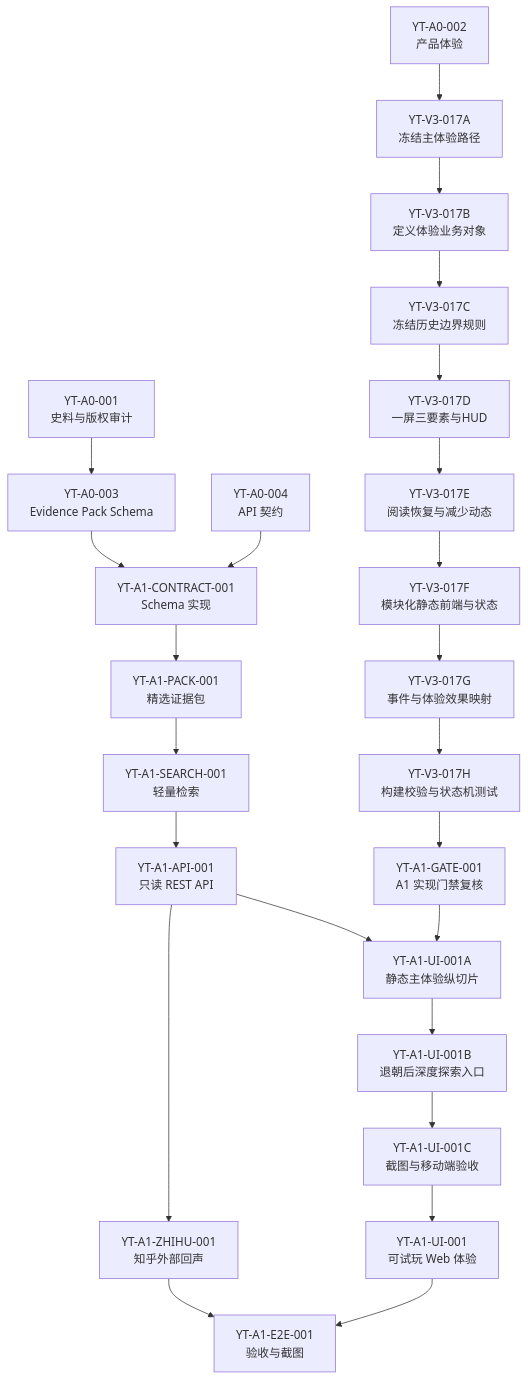
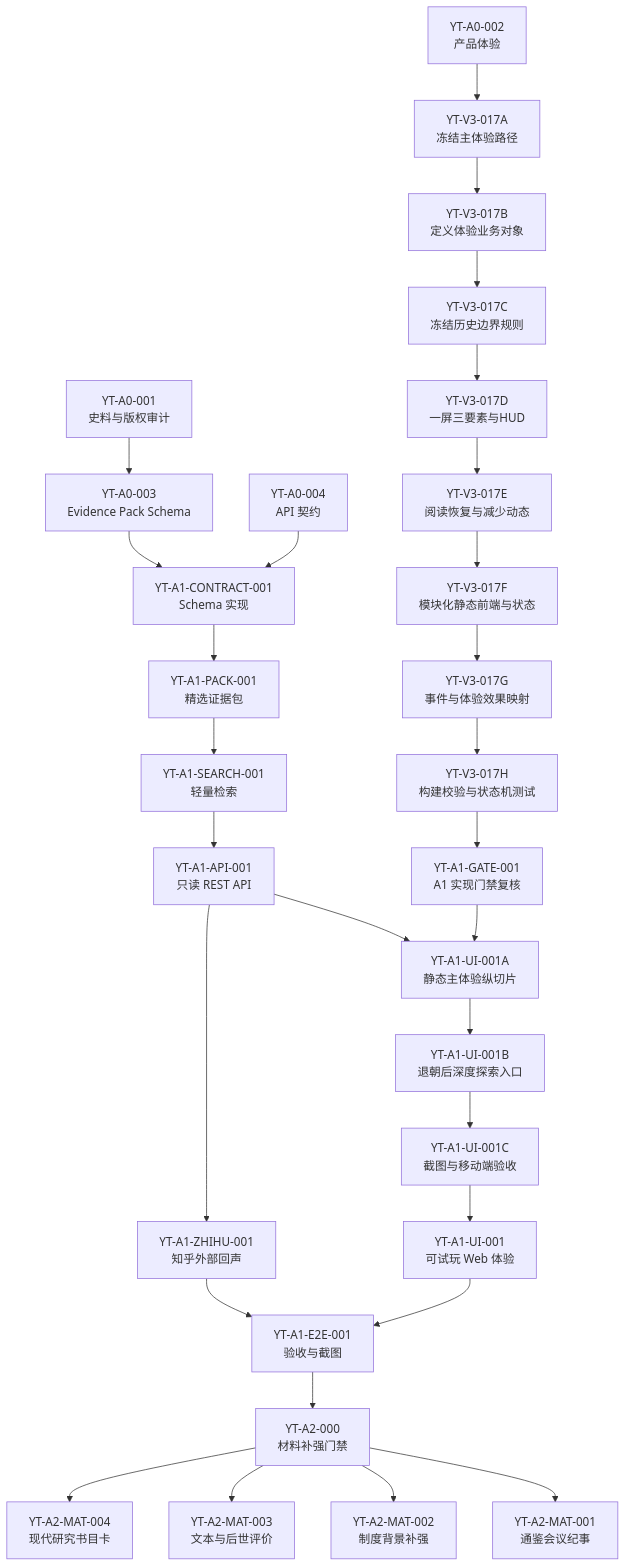
One commit to baijianqing/yantie-history changed the diagram in docs/YANTIE_TASK_BREAKDOWN.md. Above: the diagram before and after it, drawn with Mermaid. The commit also changed other lines of this file and 4 other files, not shown here.

````diff
--- a/docs/YANTIE_TASK_BREAKDOWN.md
+++ b/docs/YANTIE_TASK_BREAKDOWN.md
@@ -24,27 +24,32 @@
 ```mermaid
 flowchart TB
     A001["YT-A0-001<br/>史料与版权审计"] --> A003["YT-A0-003<br/>Evidence Pack Schema"]
     A002["YT-A0-002<br/>产品体验"]
     A003 --> C001["YT-A1-CONTRACT-001<br/>Schema 实现"]
     A004["YT-A0-004<br/>API 契约"] --> C001
     C001 --> P001["YT-A1-PACK-001<br/>精选证据包"]
     P001 --> S001["YT-A1-SEARCH-001<br/>轻量检索"]
     S001 --> API001["YT-A1-API-001<br/>只读 REST API"]
     API001 --> UI001A["YT-A1-UI-001A<br/>静态主体验纵切片"]
     UI001A --> UI001B["YT-A1-UI-001B<br/>退朝后深度探索入口"]
     UI001B --> UI001C["YT-A1-UI-001C<br/>截图与移动端验收"]
     UI001C --> UI001["YT-A1-UI-001<br/>可试玩 Web 体验"]
     API001 --> ZH001["YT-A1-ZHIHU-001<br/>知乎外部回声"]
     UI001 --> E2E001["YT-A1-E2E-001<br/>验收与截图"]
     ZH001 --> E2E001
+    E2E001 --> A2000["YT-A2-000<br/>材料补强门禁"]
+    A2000 --> A2MAT001["YT-A2-MAT-001<br/>通鉴会议纪事"]
+    A2000 --> A2MAT002["YT-A2-MAT-002<br/>制度背景补强"]
+    A2000 --> A2MAT003["YT-A2-MAT-003<br/>文本与后世评价"]
+    A2000 --> A2MAT004["YT-A2-MAT-004<br/>现代研究书目卡"]
     A002 --> V3017A["YT-V3-017A<br/>冻结主体验路径"]
     V3017A --> V3017B["YT-V3-017B<br/>定义体验业务对象"]
     V3017B --> V3017C["YT-V3-017C<br/>冻结历史边界规则"]
     V3017C --> V3017D["YT-V3-017D<br/>一屏三要素与HUD"]
     V3017D --> V3017E["YT-V3-017E<br/>阅读恢复与减少动态"]
     V3017E --> V3017F["YT-V3-017F<br/>模块化静态前端与状态"]
     V3017F --> V3017G["YT-V3-017G<br/>事件与体验效果映射"]
     V3017G --> V3017H["YT-V3-017H<br/>构建校验与状态机测试"]
     V3017H --> GATE001["YT-A1-GATE-001<br/>A1 实现门禁复核"]
     GATE001 --> UI001A
 ```
````
